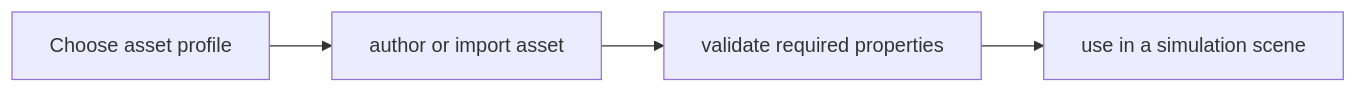
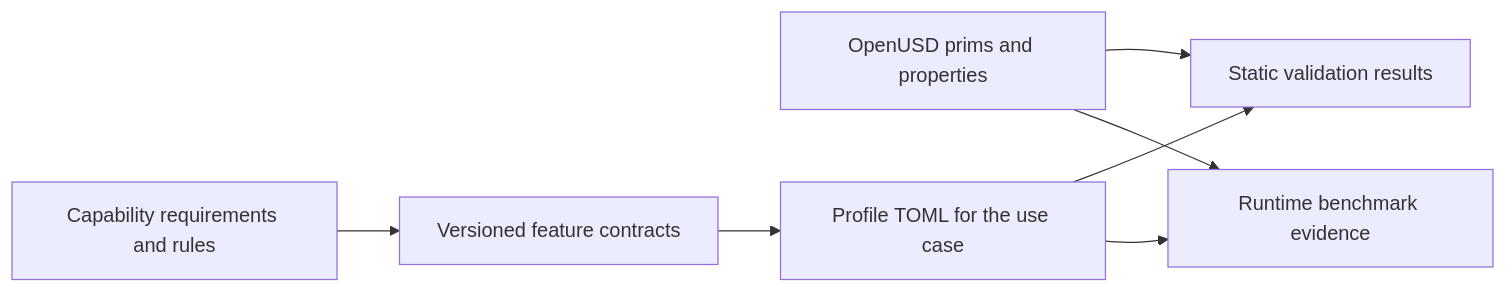
Before and after one commit to james-joobs/awesome-nvidia-physical-ai: the diagram in docs/en/simready-foundation.md, drawn with Mermaid. The commit also changed other lines of this file and 187 other files, not shown here.

Commit message:
Expand bilingual guides with official architecture references

````diff
--- a/docs/en/simready-foundation.md
+++ b/docs/en/simready-foundation.md
@@ -19,8 +17,15 @@
 ```mermaid
 flowchart LR
-  S0["Choose asset profile"]
-  S1["author or import asset"]
-  S2["validate required properties"]
-  S3["use in a simulation scene"]
-  S0 --> S1 --> S2 --> S3
+    props["OpenUSD prims and properties"]
+    req["Capability requirements and rules"]
+    feature["Versioned feature contracts"]
+    profile["Profile TOML for the use case"]
+    val["Static validation results"]
+    runtime["Runtime benchmark evidence"]
+    req --> feature
+    feature --> profile
+    profile --> val
+    props --> val
+    props --> runtime
+    profile --> runtime
 ```
````
